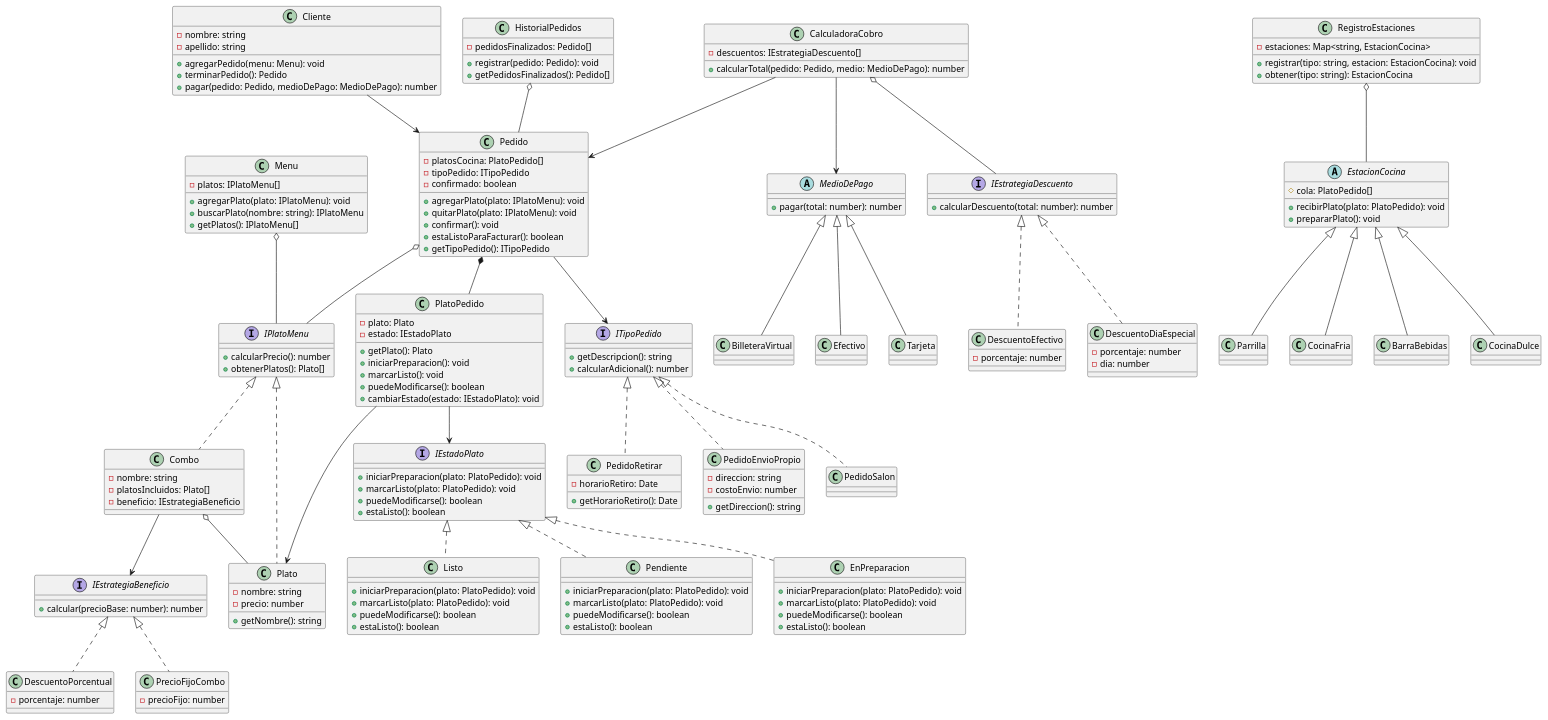
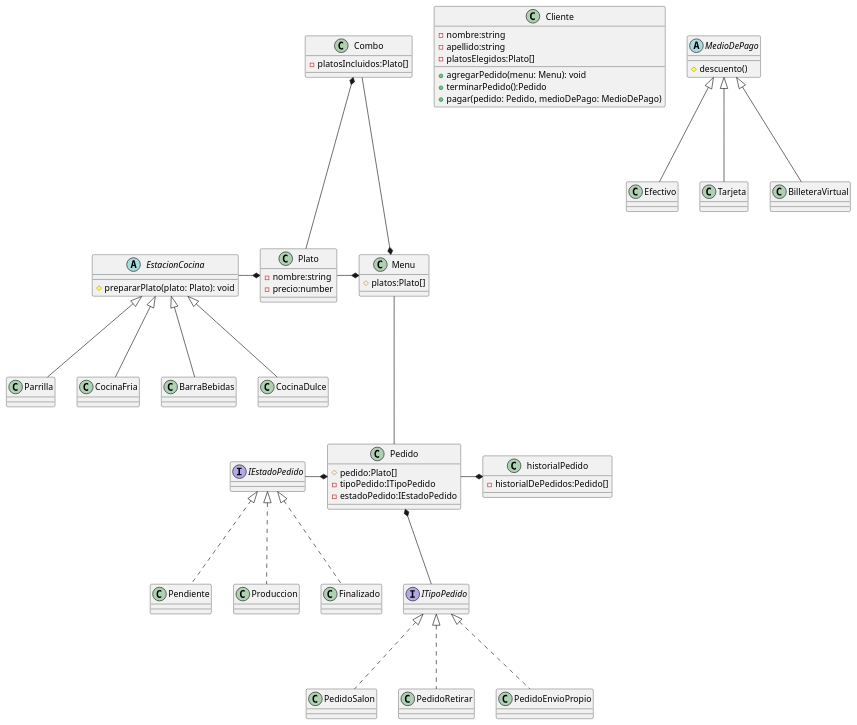
The diagram in diagrama/clase.puml (CoronelAlan/tp_progra2_grupo4), drawn with PlantUML before and after one commit. The commit also changed 4 other files, not shown here.

Commit message:
Revert "Clases tipos cocina pedido historial pedidos"

```diff
--- a/diagrama/clase.puml
+++ b/diagrama/clase.puml
@@ -1,240 +1,141 @@
 @startuml
 
-class Cliente {
-    - nombre: string
-    - apellido: string
+class Cliente{
+    -nombre:string
+    -apellido:string
+    -platosElegidos:Plato[]
 
-    + agregarPedido(menu: Menu): void
-    + terminarPedido(): Pedido
-    + pagar(pedido: Pedido, medioDePago: MedioDePago): number
+    +agregarPedido(menu: Menu): void
+    +terminarPedido():Pedido
+    +pagar(pedido: Pedido, medioDePago: MedioDePago)
+    
 }
 
-Cliente --> Pedido
-
-class Menu {
-    - platos: IPlatoMenu[]
-
-    + agregarPlato(plato: IPlatoMenu): void
-    + buscarPlato(nombre: string): IPlatoMenu
-    + getPlatos(): IPlatoMenu[]
-}
-
-interface IPlatoMenu {
-    + calcularPrecio(): number
-    + obtenerPlatos(): Plato[]
-}
-
-Menu o-- IPlatoMenu
-
-class Plato {
-    - nombre: string
-    - precio: number
-
-    + getNombre(): string
-}
-
-IPlatoMenu <|.. Plato
-
-class Combo {
-    - nombre: string
-    - platosIncluidos: Plato[]
-    - beneficio: IEstrategiaBeneficio
-}
-
-IPlatoMenu <|.. Combo
-
-Combo  o-- Plato
-
-interface IEstrategiaBeneficio {
-    + calcular(precioBase: number): number
-}
-
-class DescuentoPorcentual {
-    - porcentaje: number
-}
-
-class PrecioFijoCombo {
-    - precioFijo: number
+class Pedido{
+    #pedido:Plato[]
+    -tipoPedido:ITipoPedido
+    -estadoPedido:IEstadoPedido
 
 }
 
-IEstrategiaBeneficio <|.. DescuentoPorcentual
-IEstrategiaBeneficio <|.. PrecioFijoCombo
+'Esto es un "Strategy"?.
 
-Combo --> IEstrategiaBeneficio
+interface ITipoPedido{
 
-class Pedido {
-    - platosCocina: PlatoPedido[]
-    - tipoPedido: ITipoPedido
-    - confirmado: boolean
-
-    + agregarPlato(plato: IPlatoMenu): void
-    + quitarPlato(plato: IPlatoMenu): void
-    + confirmar(): void
-    + estaListoParaFacturar(): boolean
-    + getTipoPedido(): ITipoPedido
 }
 
-Pedido o-- IPlatoMenu
-Pedido *-- PlatoPedido
-Pedido --> ITipoPedido
+class PedidoSalon{
 
-interface ITipoPedido {
-    + getDescripcion(): string
-    + calcularAdicional(): number
 }
 
-class PedidoSalon {
+class PedidoRetirar{
+
 }
 
-class PedidoRetirar {
-    - horarioRetiro: Date
+class PedidoEnvioPropio{
 
-    + getHorarioRetiro(): Date
+}
+class Menu{
+    #platos:Plato[]
 }
 
-class PedidoEnvioPropio {
-    - direccion: string
-    - costoEnvio: number
-
-    + getDireccion(): string
+class Plato{
+    -nombre:string
+    -precio:number
 }
 
-ITipoPedido <|.. PedidoSalon
-ITipoPedido <|.. PedidoRetirar
-ITipoPedido <|.. PedidoEnvioPropio
+'Consultar clase Menu *--- Combo
 
-class PlatoPedido {
-    - plato: Plato
-    - estado: IEstadoPlato
-
-    + getPlato(): Plato
-    + iniciarPreparacion(): void
-    + marcarListo(): void
-    + puedeModificarse(): boolean
-    + cambiarEstado(estado: IEstadoPlato): void
+class Combo{
+    -platosIncluidos:Plato[]
 }
 
-PlatoPedido --> Plato
-
-interface IEstadoPlato {
-    + iniciarPreparacion(plato: PlatoPedido): void
-    + marcarListo(plato: PlatoPedido): void
-    + puedeModificarse(): boolean
-    + estaListo(): boolean
+abstract class EstacionCocina{
+    #prepararPlato(plato: Plato): void
 }
 
-class Pendiente {
-    + iniciarPreparacion(plato: PlatoPedido): void
-    + marcarListo(plato: PlatoPedido): void
-    + puedeModificarse(): boolean
-    + estaListo(): boolean
+class Parrilla{
+
 }
 
-class EnPreparacion {
-    + iniciarPreparacion(plato: PlatoPedido): void
-    + marcarListo(plato: PlatoPedido): void
-    + puedeModificarse(): boolean
-    + estaListo(): boolean
+class CocinaFria{
+
 }
 
-class Listo {
-    + iniciarPreparacion(plato: PlatoPedido): void
-    + marcarListo(plato: PlatoPedido): void
-    + puedeModificarse(): boolean
-    + estaListo(): boolean
+class BarraBebidas{
+
 }
 
-IEstadoPlato <|.. Pendiente
-IEstadoPlato <|.. EnPreparacion
-IEstadoPlato <|.. Listo
+class CocinaDulce{
 
-PlatoPedido --> IEstadoPlato
-
-abstract class EstacionCocina {
-    # cola: PlatoPedido[]
-
-    + recibirPlato(plato: PlatoPedido): void
-    + prepararPlato(): void
 }
 
-class Parrilla {
+abstract class MedioDePago{
+    #descuento()
 }
 
-class CocinaFria {
+class Efectivo{
+
 }
 
-class BarraBebidas {
+class Tarjeta{
+
 }
 
-class CocinaDulce {
+class BilleteraVirtual{ 
+
 }
 
-EstacionCocina <|-- Parrilla
-EstacionCocina <|-- CocinaFria
-EstacionCocina <|-- BarraBebidas
-EstacionCocina <|-- CocinaDulce
+'IEstadoPedido es un "State"?.
 
-class RegistroEstaciones {
-    - estaciones: Map<string, EstacionCocina>
+interface IEstadoPedido{
 
-    + registrar(tipo: string, estacion: EstacionCocina): void
-    + obtener(tipo: string): EstacionCocina
 }
 
-RegistroEstaciones o-- EstacionCocina
+class Pendiente{
 
-abstract class MedioDePago {
-    + pagar(total: number): number
 }
 
-class Efectivo {
+class Produccion{
+
 }
 
-class Tarjeta {
+class Finalizado{
+
 }
 
-class BilleteraVirtual {
+class historialPedido{
+    'Como guardar en el array el ITipoPedido.
+    -historialDePedidos:Pedido[]
 }
 
-MedioDePago <|-- Efectivo
-MedioDePago <|-- Tarjeta
-MedioDePago <|-- BilleteraVirtual
+historialPedido *--left-- Pedido
 
-interface IEstrategiaDescuento {
-    + calcularDescuento(total: number): number
-}
+IEstadoPedido <|... Pendiente
+IEstadoPedido <|... Produccion
+IEstadoPedido <|... Finalizado
+Pedido *--left-- IEstadoPedido
 
-class DescuentoEfectivo {
-    - porcentaje: number
-}
+ITipoPedido <|... PedidoSalon
+ITipoPedido <|... PedidoRetirar
+ITipoPedido <|... PedidoEnvioPropio
+Pedido *--- ITipoPedido
 
-class DescuentoDiaEspecial {
-    - porcentaje: number
-    - dia: number
-}
+MedioDePago <|--- Efectivo
+MedioDePago <|--- Tarjeta
+MedioDePago <|--- BilleteraVirtual
 
-IEstrategiaDescuento <|.. DescuentoEfectivo
-IEstrategiaDescuento <|.. DescuentoDiaEspecial
+Pedido --up-- Menu
+Menu *--left-- Plato
+
+EstacionCocina <|--- Parrilla
+EstacionCocina <|--- CocinaFria
+EstacionCocina <|--- BarraBebidas
+EstacionCocina <|--- CocinaDulce
+Plato *--left-- EstacionCocina
+
+Menu *--up-- Combo
+Combo *---- Plato
 
 
-class CalculadoraCobro {
-    - descuentos: IEstrategiaDescuento[]
-
-    + calcularTotal(pedido: Pedido, medio: MedioDePago): number
-}
-
-CalculadoraCobro --> Pedido
-CalculadoraCobro --> MedioDePago
-CalculadoraCobro o-- IEstrategiaDescuento
-
-class HistorialPedidos {
-    - pedidosFinalizados: Pedido[]
-
-    + registrar(pedido: Pedido): void
-    + getPedidosFinalizados(): Pedido[]
-}
-
-HistorialPedidos o-- Pedido
-
 @enduml
```
